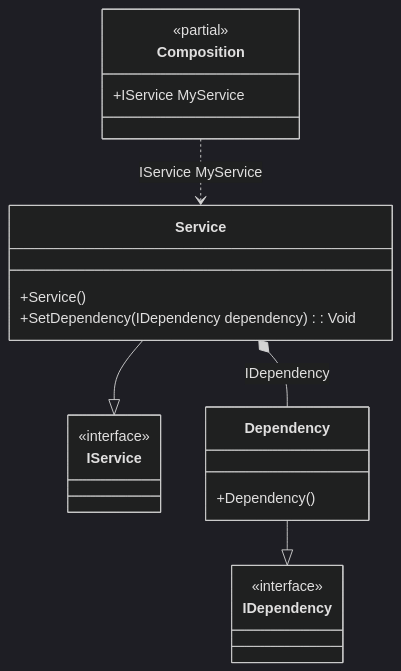
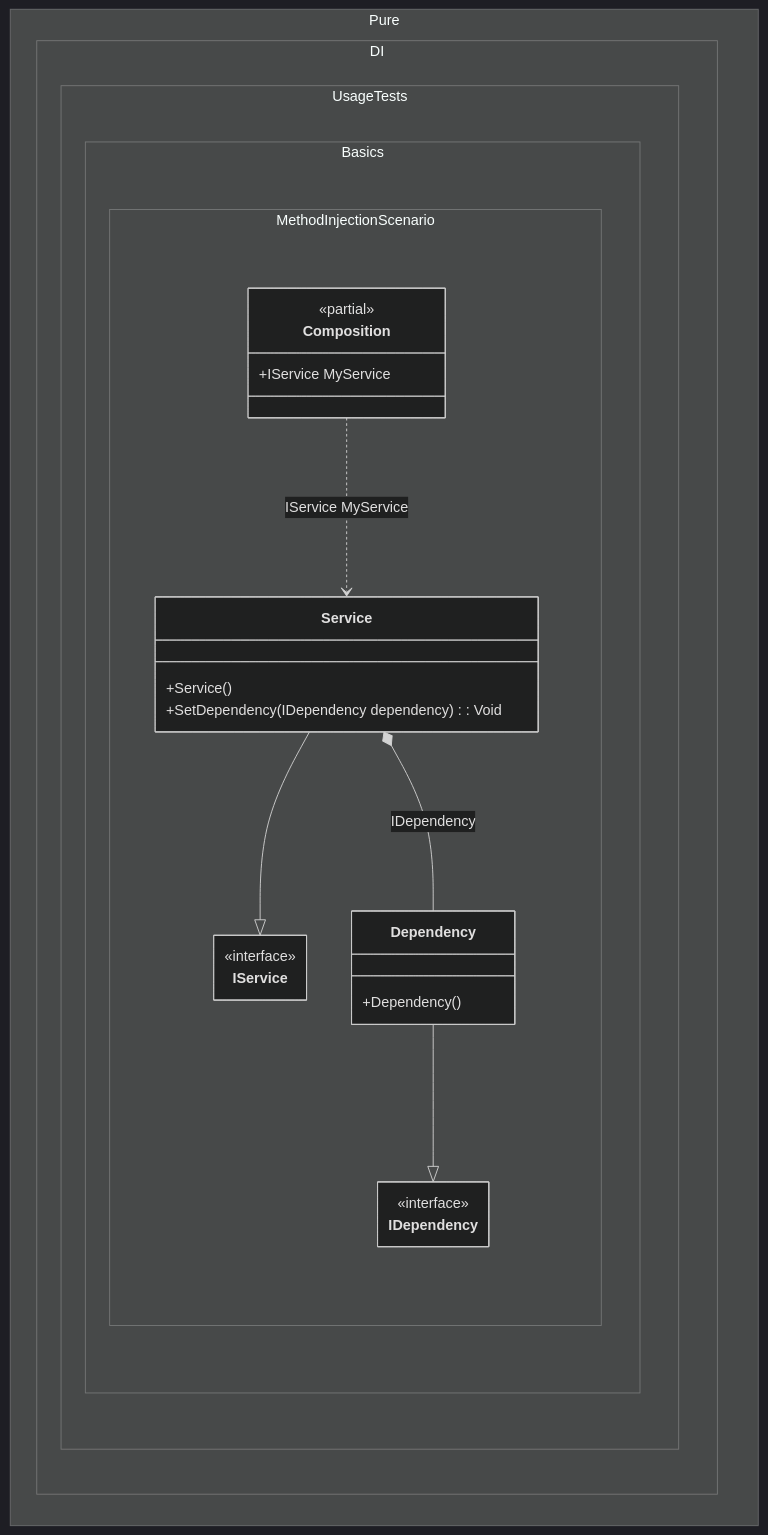
Before and after one commit to DevTeam/Pure.DI: the diagram in readme/method-injection.md, drawn with Mermaid (dark theme). The commit also changed 103 other files, not shown here.

Commit message:
Improved class diagrams

````diff
--- a/readme/method-injection.md
+++ b/readme/method-injection.md
@@ -75,24 +75,31 @@
 ```mermaid
+---
+ config:
+  class:
+   hideEmptyMembersBox: true
+---
 classDiagram
-	class Composition {
+	Service --|> IService
+	Dependency --|> IDependency
+	Composition ..> Service : IService MyService
+	Service *--  Dependency : IDependency
+	namespace Pure.DI.UsageTests.Basics.MethodInjectionScenario {
+		class Composition {
 		<<partial>>
 		+IService MyService
+		}
+		class Dependency {
+			+Dependency()
+		}
+		class IDependency {
+			<<interface>>
+		}
+		class IService {
+			<<interface>>
+		}
+		class Service {
+			+Service()
+			+SetDependency(IDependency dependency) : Void
+		}
 	}
-	Service --|> IService
-	class Service {
-		+Service()
-		+SetDependency(IDependency dependency) : Void
-	}
-	Dependency --|> IDependency
-	class Dependency {
-		+Dependency()
-	}
-	class IService {
-		<<interface>>
-	}
-	class IDependency {
-		<<interface>>
-	}
-	Composition ..> Service : IService MyService
-	Service *--  Dependency : IDependency
 ```
````
